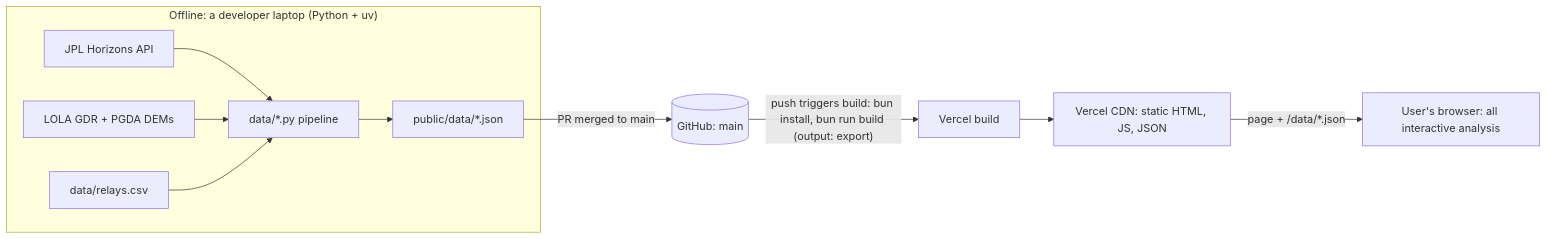
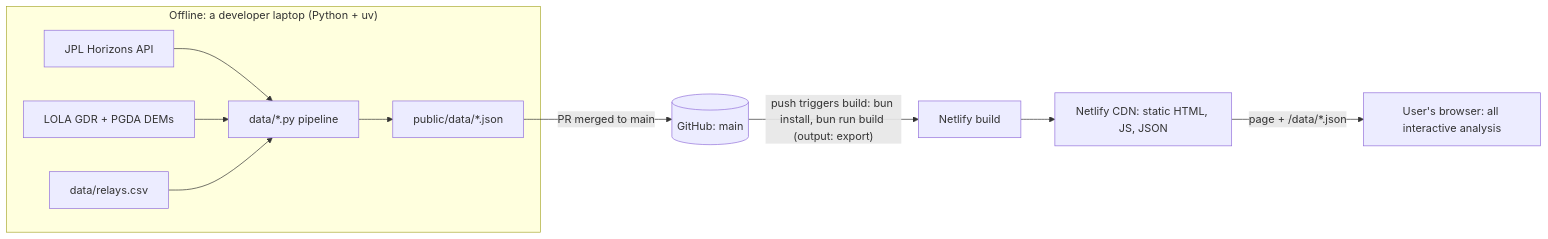
One commit to Vathys/space-apps-2026 changed the first of 6 diagrams in docs/architecture.md. Above: the diagram before and after it, drawn with Mermaid. The commit also changed other lines of this file and 12 other files, not shown here.

Commit message:
chore(docs): host on Netlify instead of Vercel (D-22)

````diff
--- a/docs/architecture.md
+++ b/docs/architecture.md
@@ -27,13 +27,13 @@
 ```mermaid
 flowchart LR
   subgraph OFF["Offline: a developer laptop (Python + uv)"]
     HZ["JPL Horizons API"] --> PY["data/*.py pipeline"]
     DEM["LOLA GDR + PGDA DEMs"] --> PY
     REL["data/relays.csv"] --> PY
     PY --> OUT["public/data/*.json"]
   end
   OUT -->|"PR merged to main"| GH[("GitHub: main")]
-  GH -->|"push triggers build: bun install, bun run build (output: export)"| VB["Vercel build"]
-  VB --> CDN["Vercel CDN: static HTML, JS, JSON"]
+  GH -->|"push triggers build: bun install, bun run build (output: export)"| VB["Netlify build"]
+  VB --> CDN["Netlify CDN: static HTML, JS, JSON"]
   CDN -->|"page + /data/*.json"| BR["User's browser: all interactive analysis"]
 ```
````
